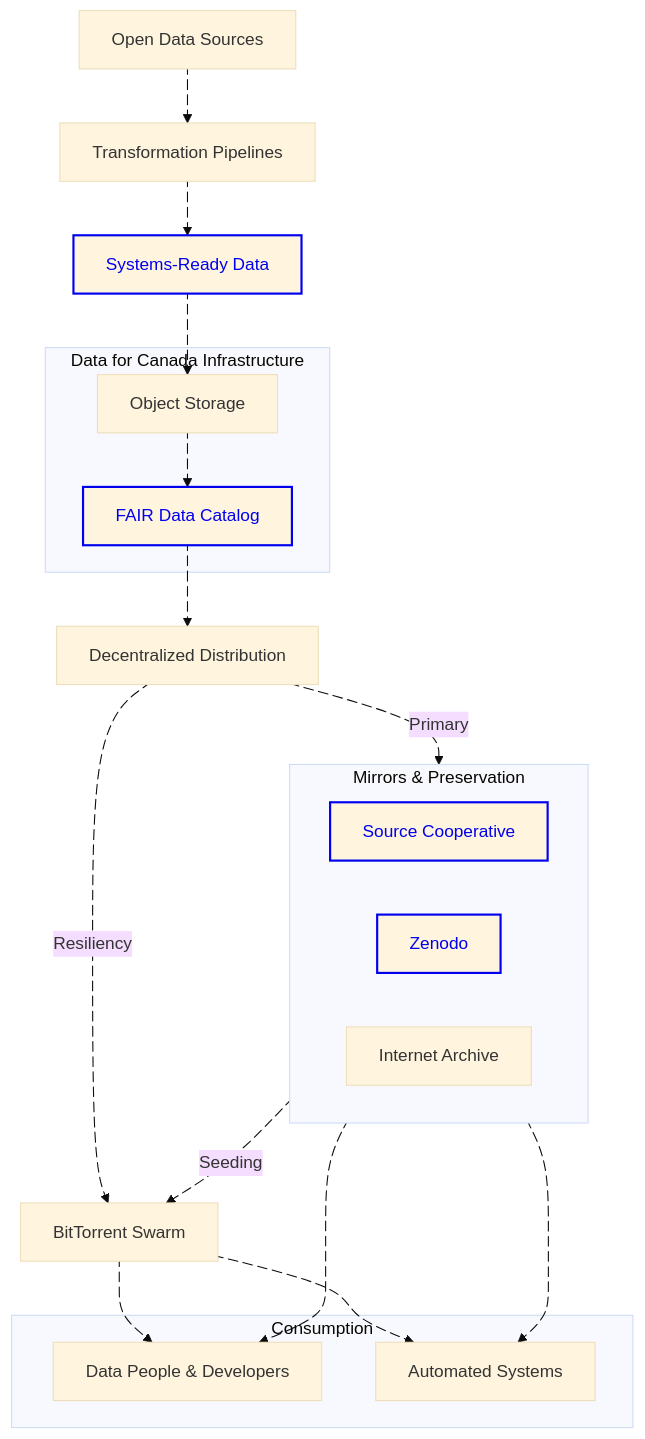
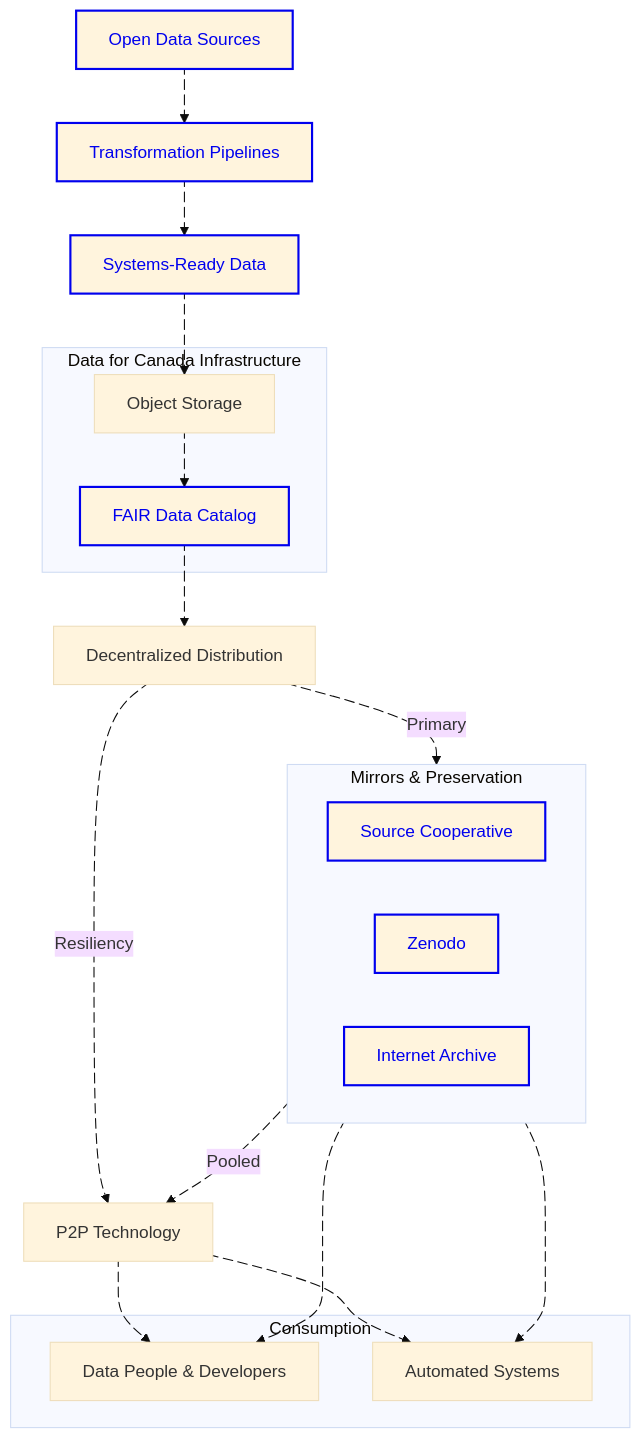
Before and after one commit to dataforcanada/decentralized-distribution-labs: the first of 3 diagrams in README.md, drawn with Mermaid (base theme). The commit also changed other lines of this file, not shown here.

````diff
--- a/README.md
+++ b/README.md
@@ -3,75 +3,78 @@
 ```mermaid
 flowchart TD
     classDef linkNode stroke:#0000EE,color:#0000EE,stroke-width:2px;
     subgraph mirrors [Mirrors & Preservation]
         SourceCoop[Source Cooperative]
         Zenodo[Zenodo]
         InternetArchive[Internet Archive]
     end
 
     Sources[Open Data Sources]
     Processes[Transformation Pipelines]
     Artifacts[Systems-Ready Data]
     
     subgraph CoreInfra [Data for Canada Infrastructure]
         Portal[Object Storage]
         Metadata[FAIR Data Catalog]
     end
     
     Distribution[Decentralized Distribution]
-    Torrent[BitTorrent Swarm]
+    Torrent["P2P Technology"]
     
     subgraph Consumers [Consumption]
         Users[Data People & Developers]
         Systems[Automated Systems]
     end
 
     %% Flow with Animations
     Sources a1@--> Processes
     a1@{animate: true, animation: slow}
     
     Processes a2@--> Artifacts
     a2@{animate: true, animation: slow}
     
     Artifacts a3@--> Portal
     a3@{animate: true, animation: slow}
     
     Portal a4@--> Metadata
     a4@{animate: true, animation: fast}
     
     Metadata a5@--> Distribution
     a5@{animate: true, animation: fast}
 
     %% Distribution Logic
     Distribution a7@-.->|Primary| mirrors
     a7@{animate: true, animation: slow}
     
     Distribution a8@-.->|Resiliency| Torrent
     a8@{animate: true, animation: slow}
 
     %% Mirror Connections
     mirrors a12@--> Users
     a12@{animate: true, animation: slow}
     
     mirrors a13@--> Systems
     a13@{animate: true, animation: slow}
     
-    mirrors a9@-.->|Seeding| Torrent
+    mirrors a9@-.->|Pooled| Torrent
     a9@{animate: true, animation: fast}
 
     %% Torrent Connections
     Torrent a10@--> Users
     a10@{animate: true, animation: fast}
     
     Torrent a11@--> Systems
     a11@{animate: true, animation: fast}
 
     %% Click Actions
-    click Artifacts "https://www.dataforcanada.org/docs/processes/" _blank
+    click Sources "https://www.dataforcanada.org/#high-level-overview" _blank
+    click Processes "https://www.dataforcanada.org/docs/processes/" _blank
+    click Artifacts "https://www.dataforcanada.org/docs/getting_started/" _blank
     click Metadata "https://stac-utils.github.io/stac-geoparquet/latest/spec/stac-geoparquet-spec/" _blank
     click Zenodo "https://zenodo.org/communities/dataforcanada/" _blank
     click SourceCoop "https://source.coop/dataforcanada/" _blank
+    click InternetArchive "https://archive.org/details/@diegoripley/uploads/" _blank
 
     %% APPLY STYLES TO LINKED NODES
-    class Artifacts,Metadata,Zenodo,SourceCoop linkNode
+    class Sources,Processes,Artifacts,Metadata,SourceCoop,Zenodo,InternetArchive linkNode
 ```
````
